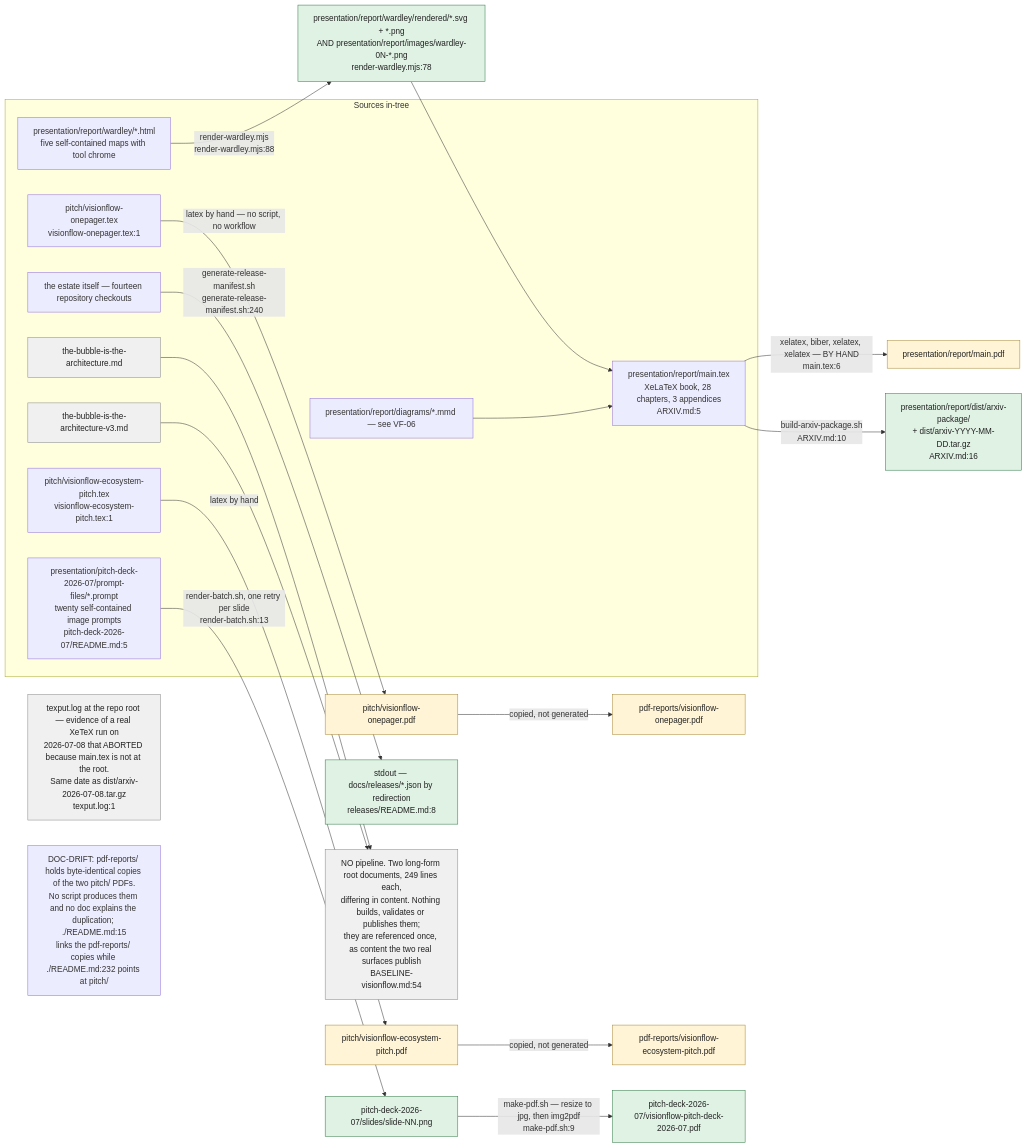
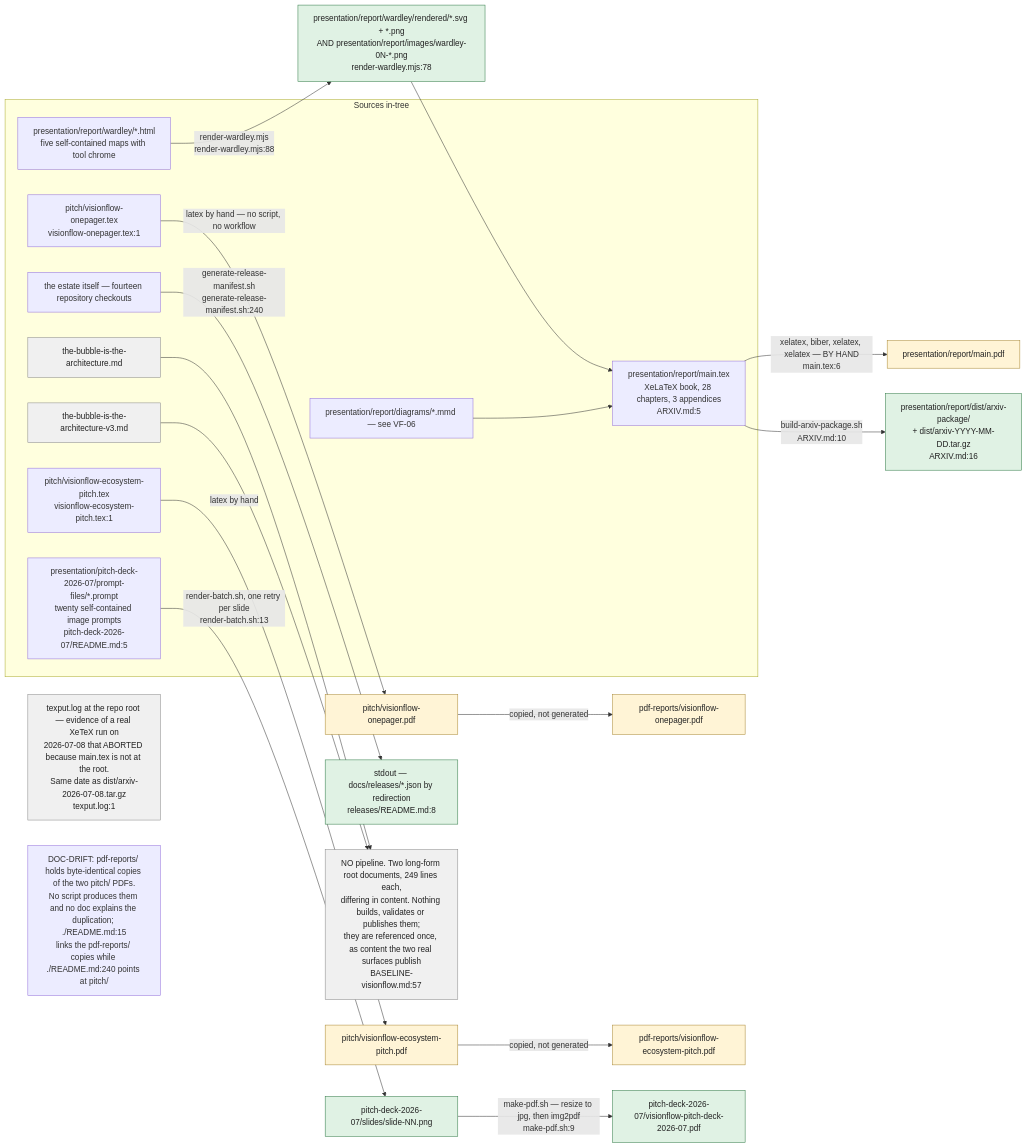
One commit to DreamLab-AI/VisionFlow changed the first of 11 diagrams in docs/diagrams/visionflow/07-pitch-presentation-reports.md. Above: the diagram before and after it, drawn with Mermaid. The commit also changed other lines of this file and 94 other files, not shown here.

First line of the commit message:
docs(diagrams): re-verify 130 topics against 2 October HEADs

````diff
--- a/docs/diagrams/visionflow/07-pitch-presentation-reports.md
+++ b/docs/diagrams/visionflow/07-pitch-presentation-reports.md
@@ -38,41 +38,41 @@
 ```mermaid
 flowchart LR
     classDef auto fill:#e0f2e4,stroke:#2f7a45,color:#222
     classDef manual fill:#fff4d6,stroke:#aa8833,color:#222
     classDef content fill:#f0f0f0,stroke:#888,color:#222
 
     subgraph SRC["Sources in-tree"]
         R1["presentation/report/main.tex<br/>XeLaTeX book, 28 chapters, 3 appendices<br/>ARXIV.md:5"]
         R2["presentation/report/wardley/*.html<br/>five self-contained maps with tool chrome"]
         R3["presentation/report/diagrams/*.mmd — see VF-06"]
         P1["pitch/visionflow-onepager.tex<br/>visionflow-onepager.tex:1"]
         P2["pitch/visionflow-ecosystem-pitch.tex<br/>visionflow-ecosystem-pitch.tex:1"]
         D1["presentation/pitch-deck-2026-07/prompt-files/*.prompt<br/>twenty self-contained image prompts<br/>pitch-deck-2026-07/README.md:5"]
         B1["the-bubble-is-the-architecture.md"]:::content
         B2["the-bubble-is-the-architecture-v3.md"]:::content
         RM["the estate itself — fourteen repository checkouts"]
     end
 
     R2 -->|"render-wardley.mjs<br/>render-wardley.mjs:88"| O2["presentation/report/wardley/rendered/*.svg + *.png<br/>AND presentation/report/images/wardley-0N-*.png<br/>render-wardley.mjs:78"]:::auto
     O2 --> R1
     R3 --> R1
     R1 -->|"xelatex, biber, xelatex, xelatex — BY HAND<br/>main.tex:6"| O1["presentation/report/main.pdf"]:::manual
     R1 -->|"build-arxiv-package.sh<br/>ARXIV.md:10"| O3["presentation/report/dist/arxiv-package/<br/>+ dist/arxiv-YYYY-MM-DD.tar.gz<br/>ARXIV.md:16"]:::auto
 
     P1 -->|"latex by hand — no script, no workflow"| O4["pitch/visionflow-onepager.pdf"]:::manual
     P2 -->|"latex by hand"| O5["pitch/visionflow-ecosystem-pitch.pdf"]:::manual
     O4 -->|"copied, not generated"| O6["pdf-reports/visionflow-onepager.pdf"]:::manual
     O5 -->|"copied, not generated"| O7["pdf-reports/visionflow-ecosystem-pitch.pdf"]:::manual
 
     D1 -->|"render-batch.sh, one retry per slide<br/>render-batch.sh:13"| O8["pitch-deck-2026-07/slides/slide-NN.png"]:::auto
     O8 -->|"make-pdf.sh — resize to jpg, then img2pdf<br/>make-pdf.sh:9"| O9["pitch-deck-2026-07/visionflow-pitch-deck-2026-07.pdf"]:::auto
 
     RM -->|"generate-release-manifest.sh<br/>generate-release-manifest.sh:240"| O10["stdout — docs/releases/*.json by redirection<br/>releases/README.md:8"]:::auto
 
-    B1 --> NOP["NO pipeline. Two long-form root documents, 249 lines each,<br/>differing in content. Nothing builds, validates or publishes them;<br/>they are referenced once, as content the two real surfaces publish<br/>BASELINE-visionflow.md:54"]:::content
+    B1 --> NOP["NO pipeline. Two long-form root documents, 249 lines each,<br/>differing in content. Nothing builds, validates or publishes them;<br/>they are referenced once, as content the two real surfaces publish<br/>BASELINE-visionflow.md:57"]:::content
     B2 --> NOP
 
     ORPH["texput.log at the repo root — evidence of a real XeTeX run on<br/>2026-07-08 that ABORTED because main.tex is not at the root.<br/>Same date as dist/arxiv-2026-07-08.tar.gz<br/>texput.log:1"]:::content
 
-    NOTE["DOC-DRIFT: pdf-reports/ holds byte-identical copies of the two pitch/ PDFs.<br/>No script produces them and no doc explains the duplication; ./README.md:15<br/>links the pdf-reports/ copies while ./README.md:232 points at pitch/"]
+    NOTE["DOC-DRIFT: pdf-reports/ holds byte-identical copies of the two pitch/ PDFs.<br/>No script produces them and no doc explains the duplication; ./README.md:15<br/>links the pdf-reports/ copies while ./README.md:240 points at pitch/"]
 ```
````
